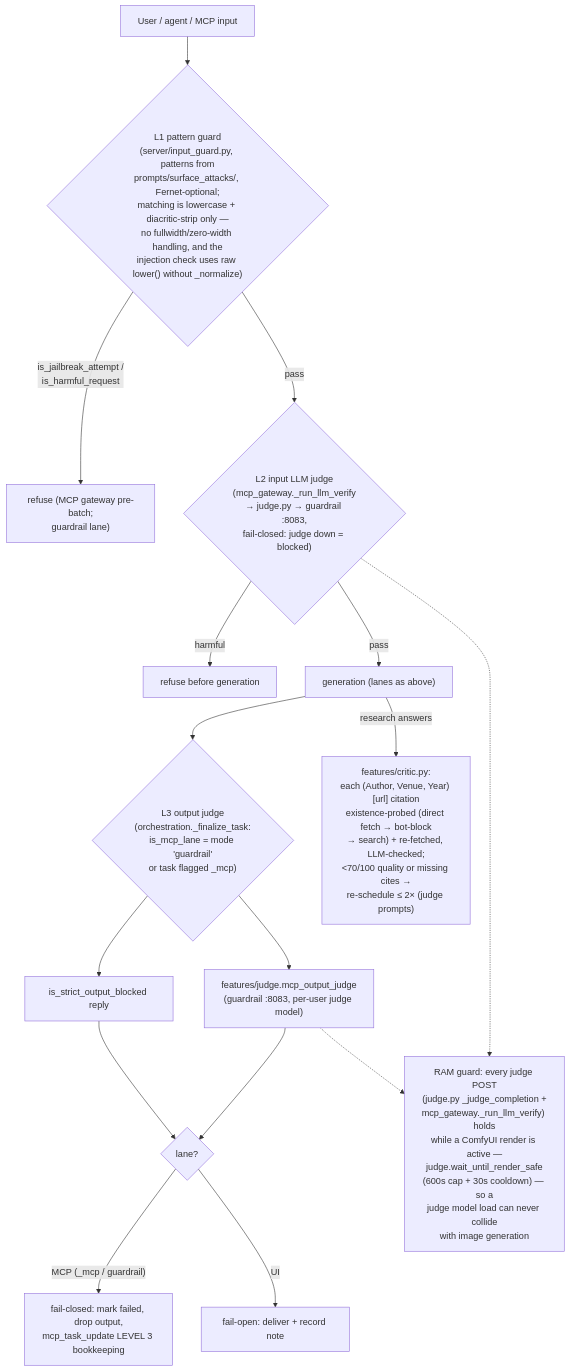
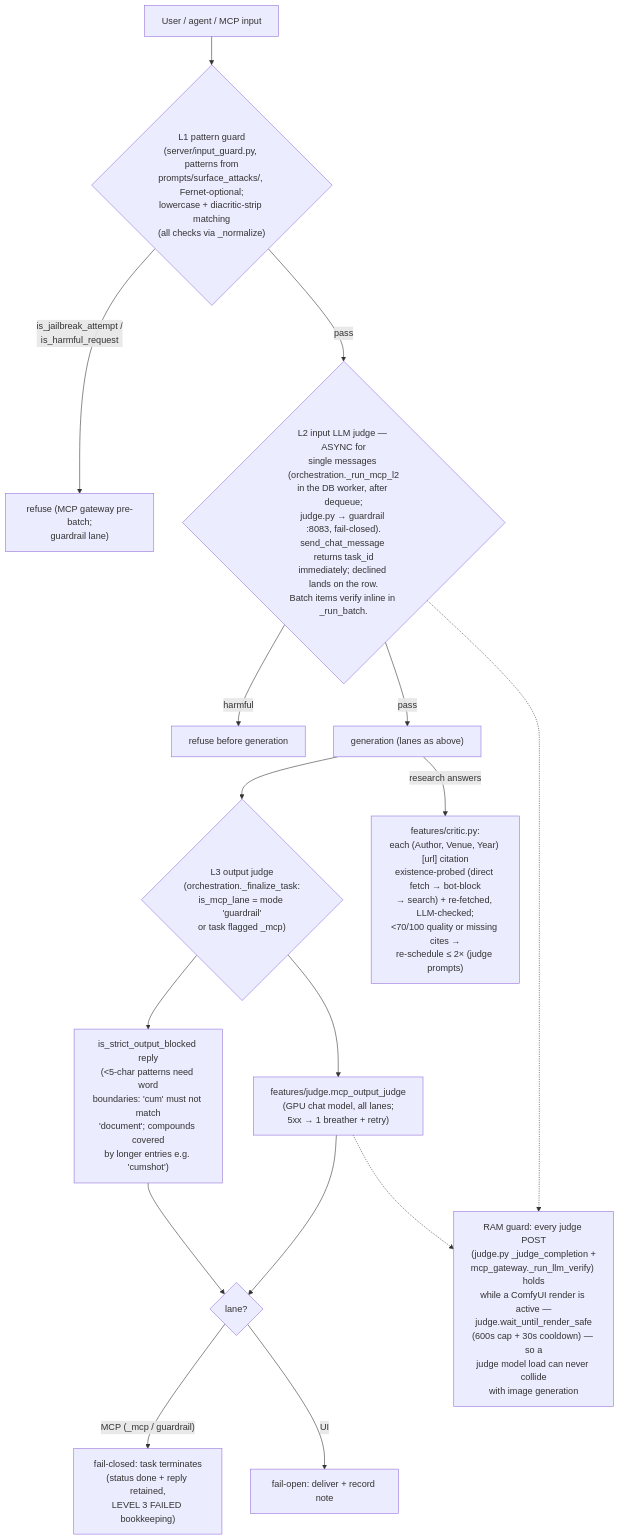
One commit to Palash90/local-ai changed diagram 13 of 13 in ARCHITECTURE.md. Above: the diagram before and after it, drawn with Mermaid. The commit also changed other lines of this file and 10 other files, not shown here.

````diff
--- a/ARCHITECTURE.md
+++ b/ARCHITECTURE.md
@@ -611,18 +647,18 @@
 ```mermaid
 graph TD
-    In["User / agent / MCP input"] --> L1{"L1 pattern guard\n(server/input_guard.py, patterns from\nprompts/surface_attacks/, Fernet-optional;\nmatching is lowercase + diacritic-strip only —\nno fullwidth/zero-width handling, and the\ninjection check uses raw lower() without _normalize)"}
+    In["User / agent / MCP input"] --> L1{"L1 pattern guard\n(server/input_guard.py, patterns from\nprompts/surface_attacks/, Fernet-optional;\nlowercase + diacritic-strip matching\n(all checks via _normalize)"}
     L1 -- "is_jailbreak_attempt /\nis_harmful_request" --> Block1["refuse (MCP gateway pre-batch;\nguardrail lane)"]
-    L1 -- pass --> L2{"L2 input LLM judge\n(mcp_gateway._run_llm_verify\n→ judge.py → guardrail :8083,\nfail-closed: judge down = blocked)"}
+    L1 -- pass --> L2{"L2 input LLM judge — ASYNC for\nsingle messages (orchestration._run_mcp_l2\nin the DB worker, after dequeue;\njudge.py → guardrail :8083, fail-closed).\nsend_chat_message returns task_id\nimmediately; declined lands on the row.\nBatch items verify inline in _run_batch."}
     L2 -- harmful --> Block2["refuse before generation"]
     L2 -- pass --> Gen["generation (lanes as above)"]
     Gen --> L3{"L3 output judge\n(orchestration._finalize_task:\nis_mcp_lane = mode 'guardrail'\nor task flagged _mcp)"}
-    L3 --> Strict["is_strict_output_blocked reply"]
-    L3 --> Judge["features/judge.mcp_output_judge\n(guardrail :8083, per-user judge model)"]
+    L3 --> Strict["is_strict_output_blocked reply\n(<5-char patterns need word\nboundaries: 'cum' must not match\n'document'; compounds covered\nby longer entries e.g. 'cumshot')"]
+    L3 --> Judge["features/judge.mcp_output_judge\n(GPU chat model, all lanes;\n5xx → 1 breather + retry)"]
     Strict & Judge --> Lane{"lane?"}
-    Lane -- "MCP (_mcp / guardrail)" --> FC["fail-closed: mark failed, drop output,\nmcp_task_update LEVEL 3 bookkeeping"]
+    Lane -- "MCP (_mcp / guardrail)" --> FC["fail-closed: task terminates\n(status done + reply retained,\nLEVEL 3 FAILED bookkeeping)"]
     Lane -- "UI" --> FO["fail-open: deliver + record note"]
     Gen -->|"research answers"| Critic["features/critic.py:\neach (Author, Venue, Year) [url] citation\nexistence-probed (direct fetch → bot-block\n→ search) + re-fetched, LLM-checked;\n<70/100 quality or missing cites →\nre-schedule ≤ 2× (judge prompts)"]
     RAM["RAM guard: every judge POST\n(judge.py _judge_completion +\nmcp_gateway._run_llm_verify) holds\nwhile a ComfyUI render is active —\njudge.wait_until_render_safe\n(600s cap + 30s cooldown) — so a\njudge model load can never collide\nwith image generation"]
     L2 -.-> RAM
     Judge -.-> RAM
 ```
````
